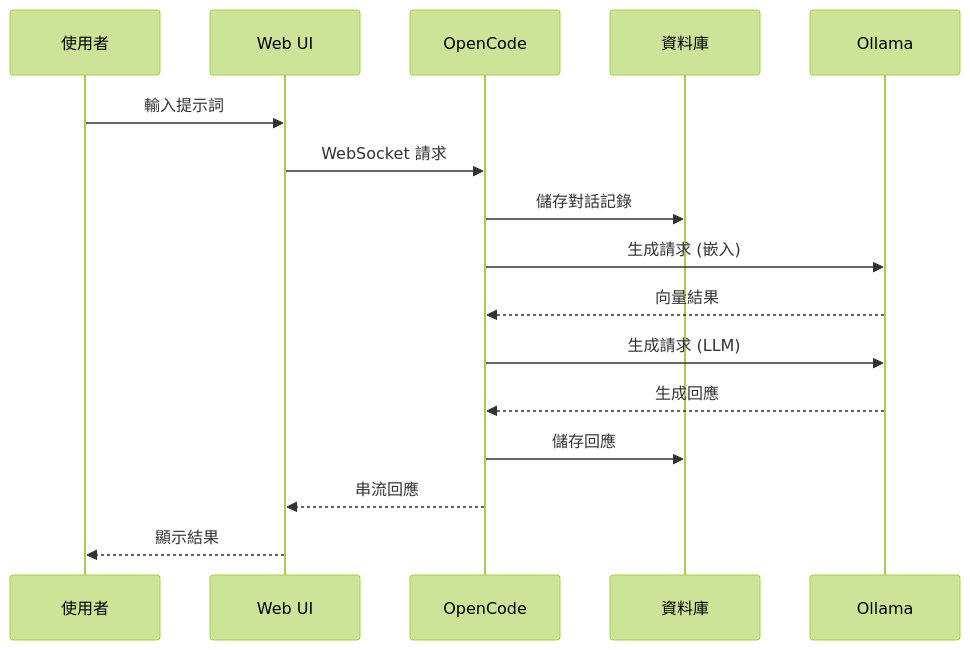
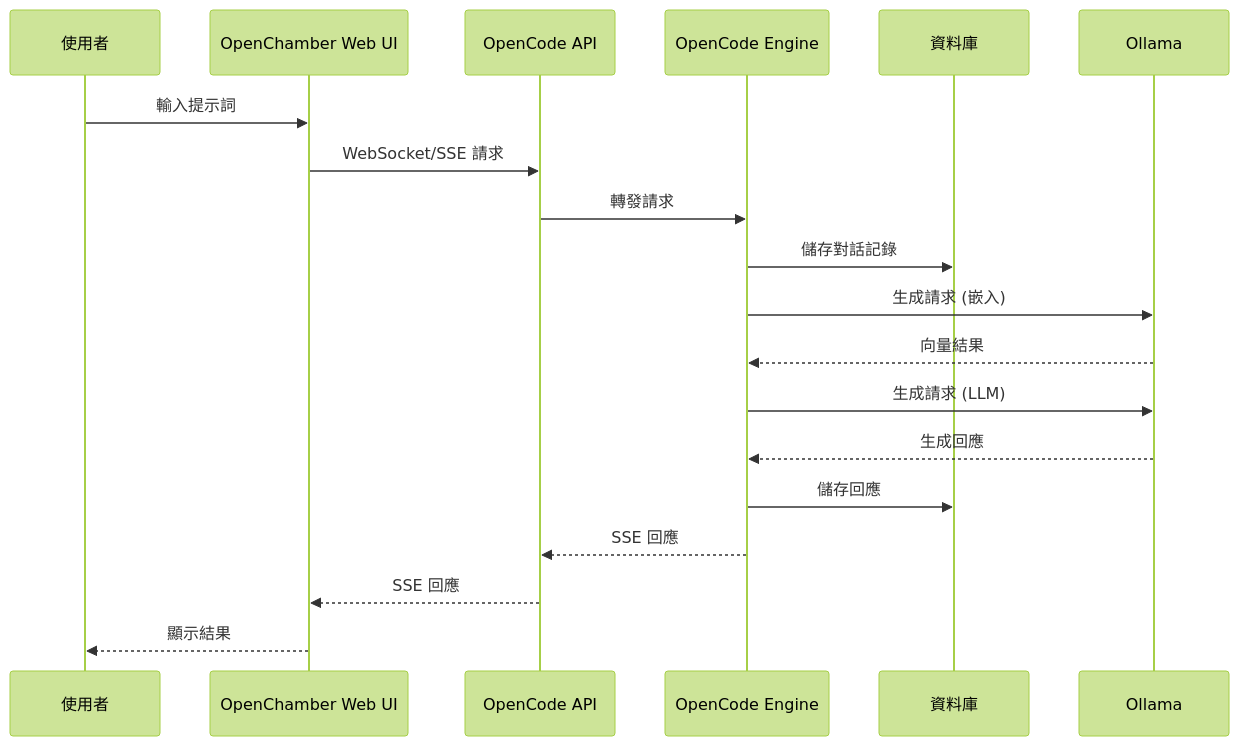
The sixth of 12 diagrams in docs/ARCHITECTURE.md (tryweb/ai-engkit), drawn with Mermaid (forest theme) before and after one commit. The commit also changed other lines of this file and 1 other file, not shown here.

First line of the commit message:
docs: update architecture and changelog for OpenCode/OpenChamber relationship

````diff
--- a/docs/ARCHITECTURE.md
+++ b/docs/ARCHITECTURE.md
@@ -196,19 +204,22 @@
 ```mermaid
 sequenceDiagram
     participant U as 使用者
-    participant UI as Web UI
-    participant OC as OpenCode
+    participant UI as OpenChamber Web UI
+    participant API as OpenCode API
+    participant OC as OpenCode Engine
     participant DB as 資料庫
     participant OL as Ollama
 
     U->>UI: 輸入提示詞
-    UI->>OC: WebSocket 請求
+    UI->>API: WebSocket/SSE 請求
+    API->>OC: 轉發請求
     OC->>DB: 儲存對話記錄
     OC->>OL: 生成請求 (嵌入)
     OL-->>OC: 向量結果
     OC->>OL: 生成請求 (LLM)
     OL-->>OC: 生成回應
     OC->>DB: 儲存回應
-    OC-->>UI: 串流回應
+    OC-->>API: SSE 回應
+    API-->>UI: SSE 回應
     UI-->>U: 顯示結果
 ```
````
